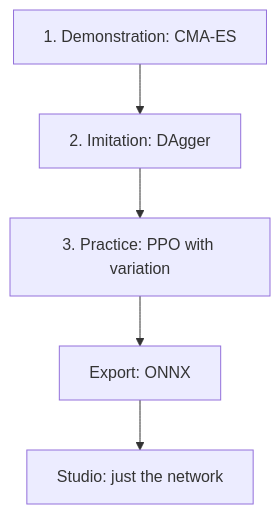
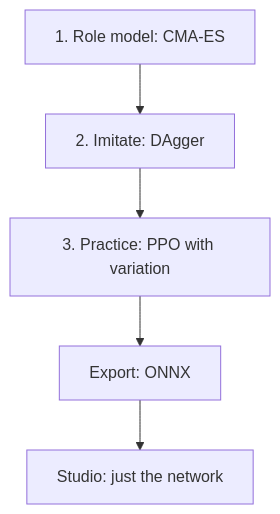
One commit to ChristianHohlfeld/kernengine.de changed the fourth of 4 diagrams in kern/docs/book-yellow/A-neural-networks.md. Above: the diagram before and after it, drawn with Mermaid. The commit also changed other lines of this file and 22 other files, not shown here.

````diff
--- a/kern/docs/book-yellow/A-neural-networks.md
+++ b/kern/docs/book-yellow/A-neural-networks.md
@@ -494,8 +663,8 @@
 ```mermaid
+%% Caption: To the jump: model, imitate, practice, export
 flowchart TD
-  V["1. Demonstration: CMA-ES"]
-  V --> N["2. Imitation: DAgger"]
+  V["1. Role model: CMA-ES"] --> N["2. Imitate: DAgger"]
   N --> U["3. Practice: PPO with variation"]
   U --> X["Export: ONNX"]
   X --> S["Studio: just the network"]
 ```
````
